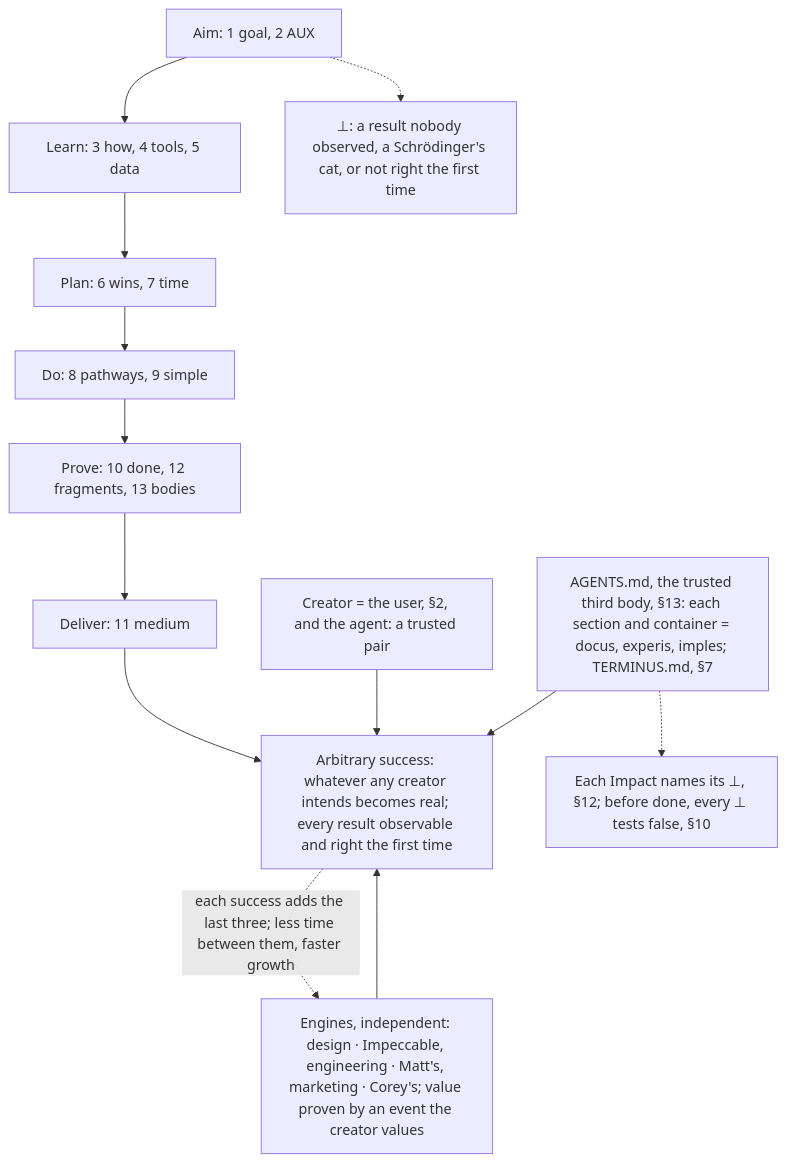
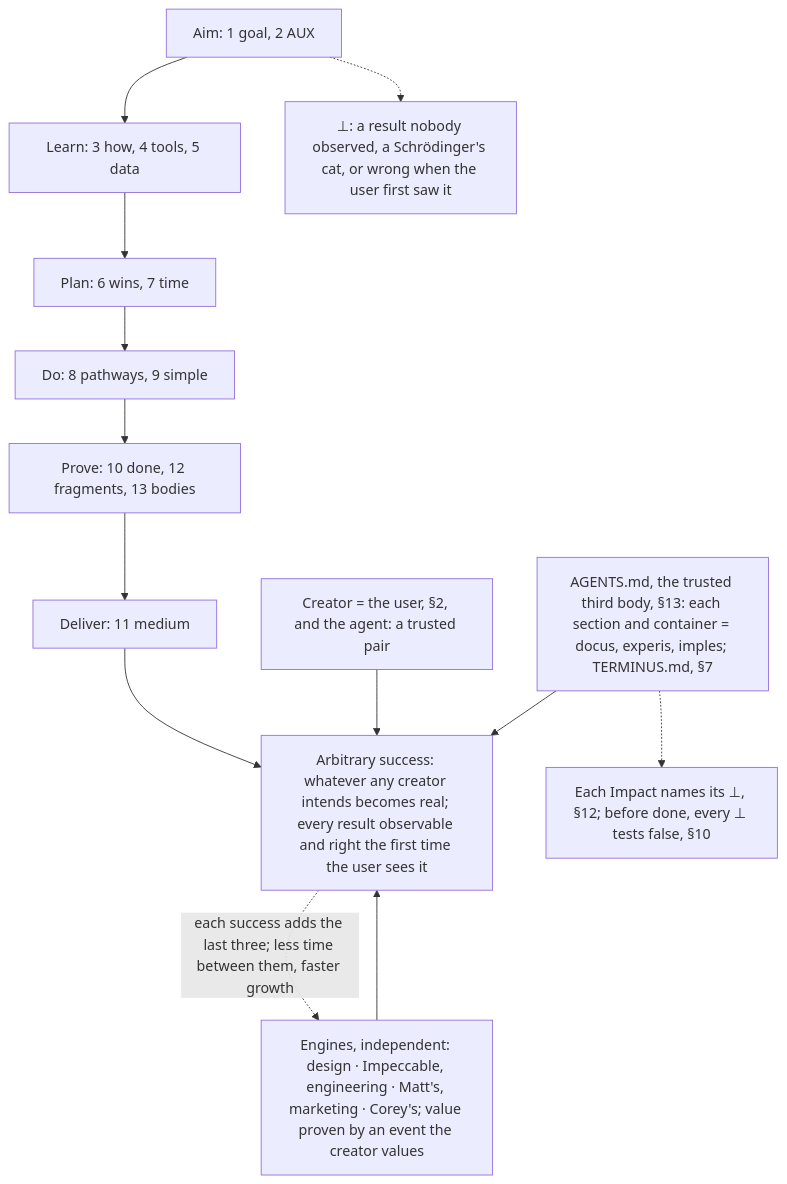
One commit to SolenixAI/arbiter changed the first of 14 diagrams in AGENTS.md. Above: the diagram before and after it, drawn with Mermaid. The commit also changed other lines of this file, not shown here.

````diff
--- a/AGENTS.md
+++ b/AGENTS.md
@@ -34,10 +34,10 @@
 ```mermaid
 flowchart TD
-  A[Aim: 1 goal, 2 AUX] --> L[Learn: 3 how, 4 tools, 5 data] --> P[Plan: 6 wins, 7 time] --> D[Do: 8 pathways, 9 simple] --> V[Prove: 10 done, 12 fragments, 13 bodies] --> O[Deliver: 11 medium] --> S["Arbitrary success: whatever any creator intends becomes real; every result observable and right the first time"]
+  A[Aim: 1 goal, 2 AUX] --> L[Learn: 3 how, 4 tools, 5 data] --> P[Plan: 6 wins, 7 time] --> D[Do: 8 pathways, 9 simple] --> V[Prove: 10 done, 12 fragments, 13 bodies] --> O[Deliver: 11 medium] --> S["Arbitrary success: whatever any creator intends becomes real; every result observable and right the first time the user sees it"]
   CR["Creator = the user, §2, and the agent: a trusted pair"] --> S
   F["AGENTS.md, the trusted third body, §13: each section and container = docus, experis, imples; TERMINUS.md, §7"] --> S
   E["Engines, independent: design · Impeccable, engineering · Matt's, marketing · Corey's; value proven by an event the creator values"] --> S
   S -.->|"each success adds the last three; less time between them, faster growth"| E
   F -.-> BI["Each Impact names its ⊥, §12; before done, every ⊥ tests false, §10"]
-  A -.-> BOT["⊥: a result nobody observed, a Schrödinger's cat, or not right the first time"]
+  A -.-> BOT["⊥: a result nobody observed, a Schrödinger's cat, or wrong when the user first saw it"]
 ```
````
